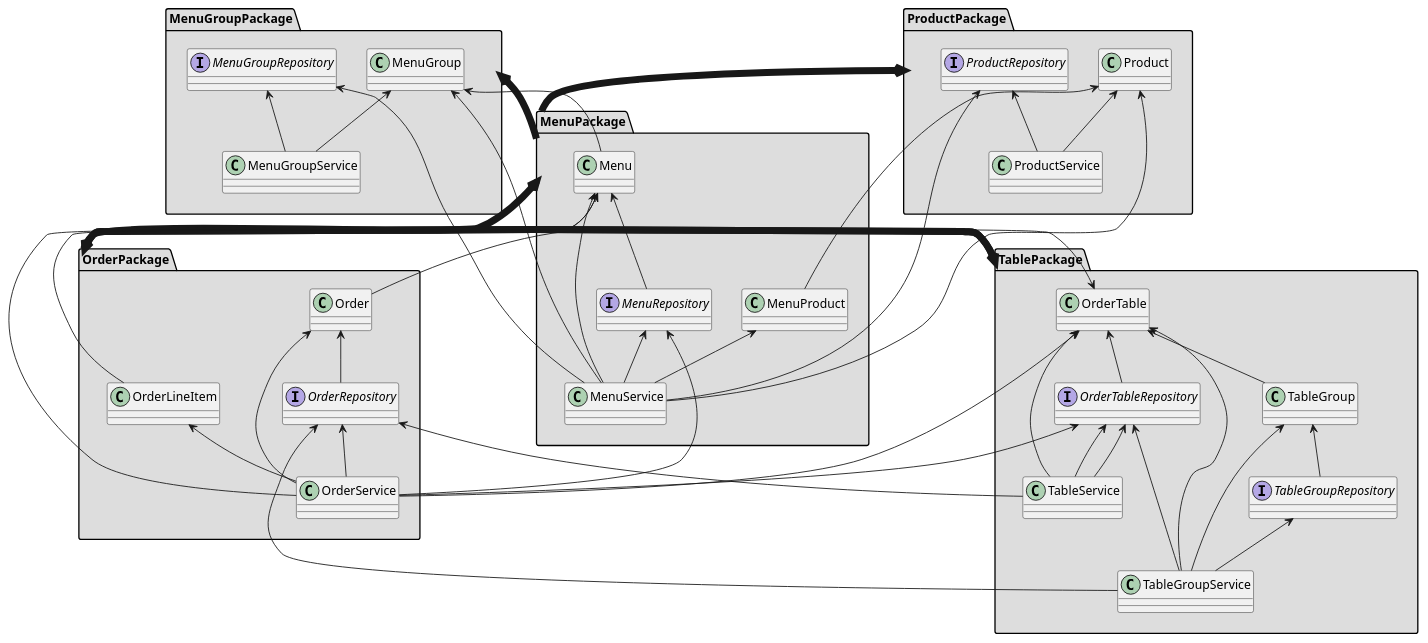
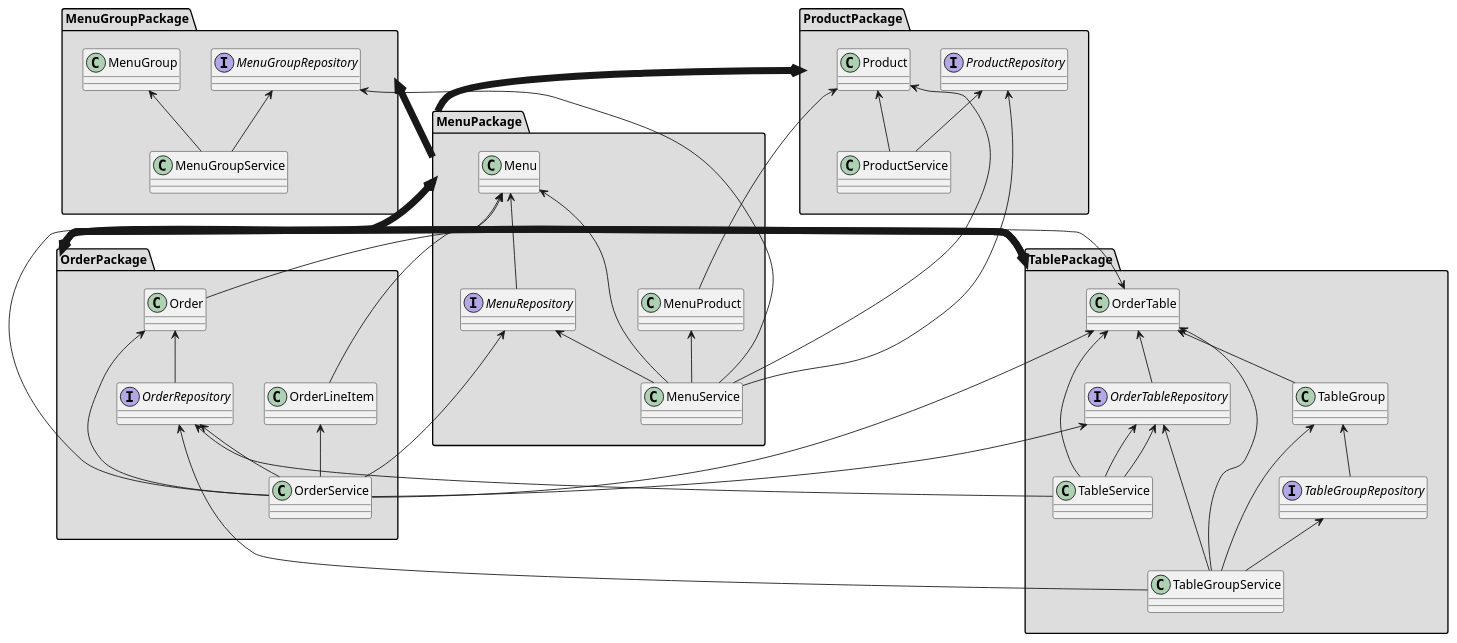
One commit to next-step/jwp-refactoring changed the diagram in markdown/uml.puml. Above: the diagram before and after it, drawn with PlantUML. The commit also changed 4 other files, not shown here.

Commit message:
docs: 의존성제거 MenuGroup <-- MenuService MenuGroup <-- Menu

```diff
--- a/markdown/uml.puml
+++ b/markdown/uml.puml
@@ -1,86 +1,86 @@
 @startuml
 package MenuPackage #DDDDDD {
   class MenuService
   class Menu
   class MenuProduct
   interface MenuRepository
 }
 package MenuGroupPackage #DDDDDD {
   class MenuGroupService
   class MenuGroup
   interface MenuGroupRepository
 }
 package OrderPackage #DDDDDD {
   class OrderService
   class Order
   class OrderLineItem
   interface OrderRepository
 }
 package ProductPackage #DDDDDD {
   class ProductService
   class Product
   interface ProductRepository
 }
 package TablePackage #DDDDDD {
   class TableService
   class TableGroupService
   class OrderTable
   class TableGroup
   interface OrderTableRepository
   interface TableGroupRepository
 }
 
   ProductPackage <-[thickness=8]- MenuPackage
   MenuGroupPackage <-[thickness=8]- MenuPackage
   MenuPackage <-[thickness=8]- OrderPackage
   TablePackage <-[thickness=8]- OrderPackage
   OrderPackage <-[thickness=8]- TablePackage
 
 
   Menu <-- MenuService
-  MenuGroup <-- MenuService
+  'MenuGroup <-- MenuService
   MenuGroupRepository <-- MenuService
   MenuProduct <-- MenuService
   MenuRepository <-- MenuService
   Product <-- MenuService
   ProductRepository <-- MenuService
 
-  MenuGroup <-- Menu
+  'MenuGroup <-- Menu
 
   Product <-- MenuProduct
 
   MenuGroup <-- MenuGroupService
   MenuGroupRepository <-- MenuGroupService
 
   OrderTable <-- Order
   Menu <-- OrderLineItem
 
   Menu <-- OrderService
   MenuRepository <-- OrderService
   Order <-- OrderService
   OrderLineItem <-- OrderService
   OrderRepository <-- OrderService
   OrderTable <-- OrderService
   OrderTableRepository <-- OrderService
 
   Product <-- ProductService
   ProductRepository <-- ProductService
 
   OrderTable <-- TableGroup
 
   OrderRepository <-- TableGroupService
   OrderTable <-- TableGroupService
   OrderTableRepository <-- TableGroupService
   TableGroup <-- TableGroupService
   TableGroupRepository <-- TableGroupService
 
   OrderRepository <-- TableService
   OrderTable <-- TableService
   OrderTableRepository <-- TableService
 
   TableGroup <-- TableGroupRepository
   Order <-- OrderRepository
   Menu <-- MenuRepository
   OrderTableRepository <-- TableService
   OrderTable <-- OrderTableRepository
 @enduml
```
